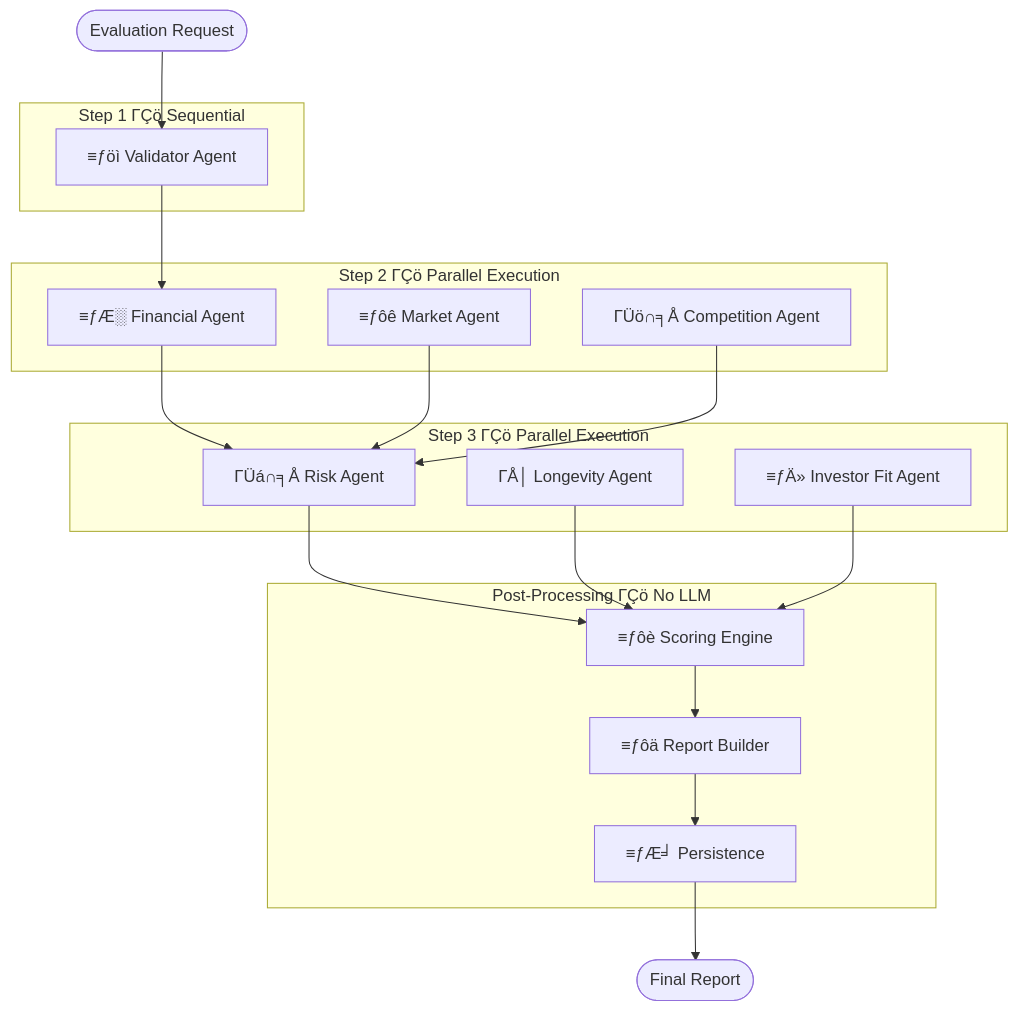
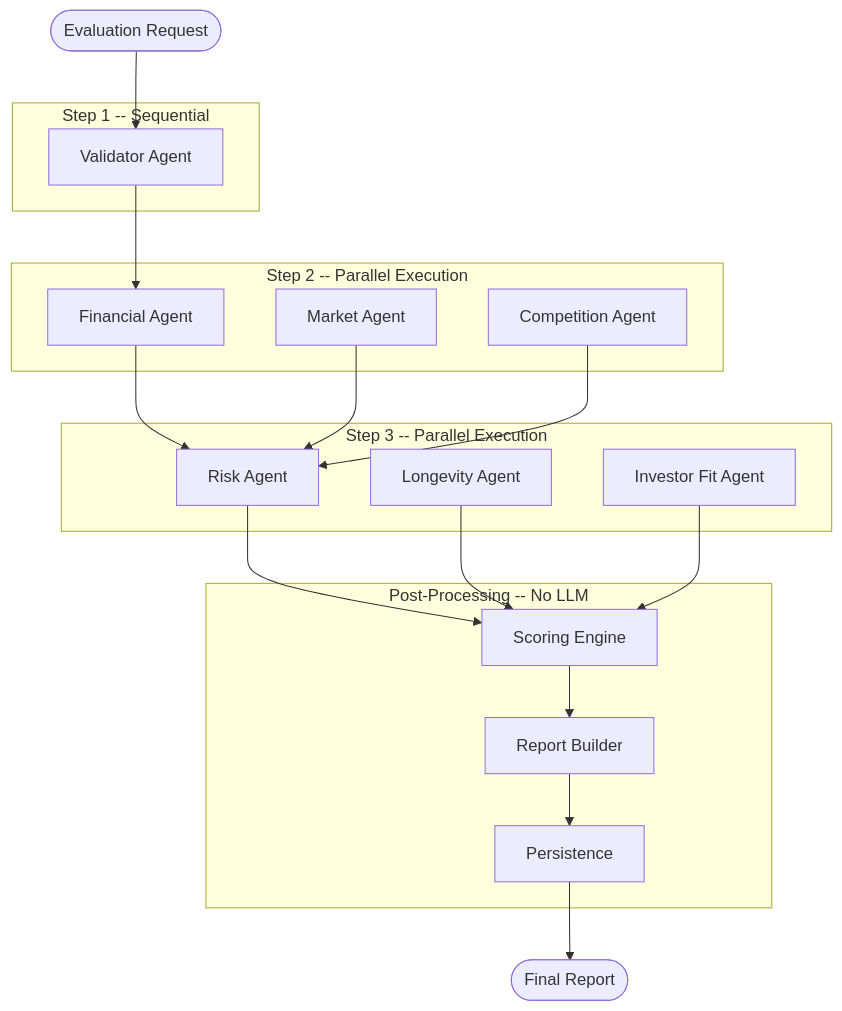
Before and after one commit to SameerShaik786/startup-idea-evaluator: the third of 9 diagrams in README.md, drawn with Mermaid. The commit also changed other lines of this file, not shown here.

````diff
--- a/README.md
+++ b/README.md
@@ -287,32 +287,32 @@
 ```mermaid
 graph TD
     START([Evaluation Request]) --> STEP1
 
-    subgraph "Step 1 ΓÇö Sequential"
-        STEP1[≡ƒöì Validator Agent]
+    subgraph "Step 1 -- Sequential"
+        STEP1[Validator Agent]
     end
 
     STEP1 --> STEP2
 
-    subgraph "Step 2 ΓÇö Parallel Execution"
-        STEP2[≡ƒÆ░ Financial Agent]
-        STEP2B[≡ƒôê Market Agent]
-        STEP2C[ΓÜö∩╕Å Competition Agent]
+    subgraph "Step 2 -- Parallel Execution"
+        STEP2[Financial Agent]
+        STEP2B[Market Agent]
+        STEP2C[Competition Agent]
     end
 
     STEP2 & STEP2B & STEP2C --> STEP3
 
-    subgraph "Step 3 ΓÇö Parallel Execution"
-        STEP3[ΓÜá∩╕Å Risk Agent]
-        STEP3B[ΓÅ│ Longevity Agent]
-        STEP3C[≡ƒÄ» Investor Fit Agent]
+    subgraph "Step 3 -- Parallel Execution"
+        STEP3[Risk Agent]
+        STEP3B[Longevity Agent]
+        STEP3C[Investor Fit Agent]
     end
 
     STEP3 & STEP3B & STEP3C --> POST
 
-    subgraph "Post-Processing ΓÇö No LLM"
-        POST[≡ƒôè Scoring Engine] --> REPORT[≡ƒôä Report Builder] --> PERSIST[≡ƒÆ╛ Persistence]
+    subgraph "Post-Processing -- No LLM"
+        POST[Scoring Engine] --> REPORT[Report Builder] --> PERSIST[Persistence]
     end
 
     PERSIST --> DONE([Final Report])
 ```
````
